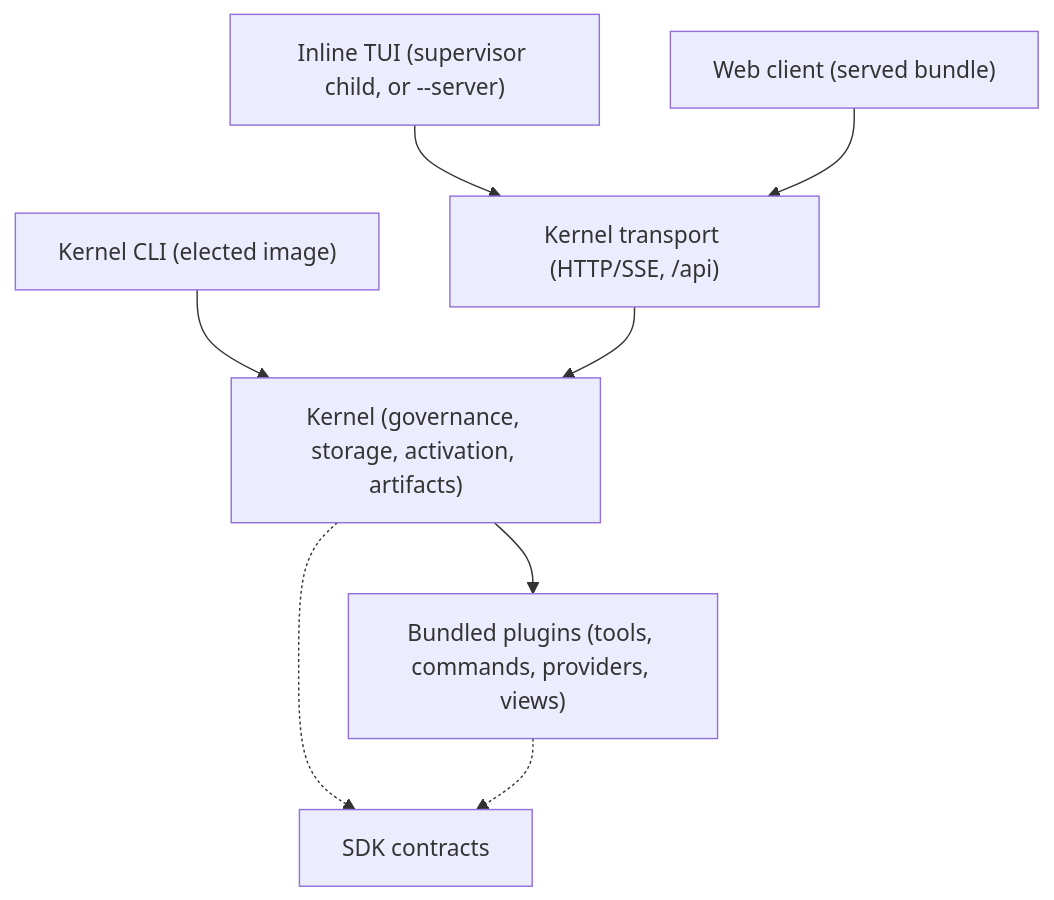
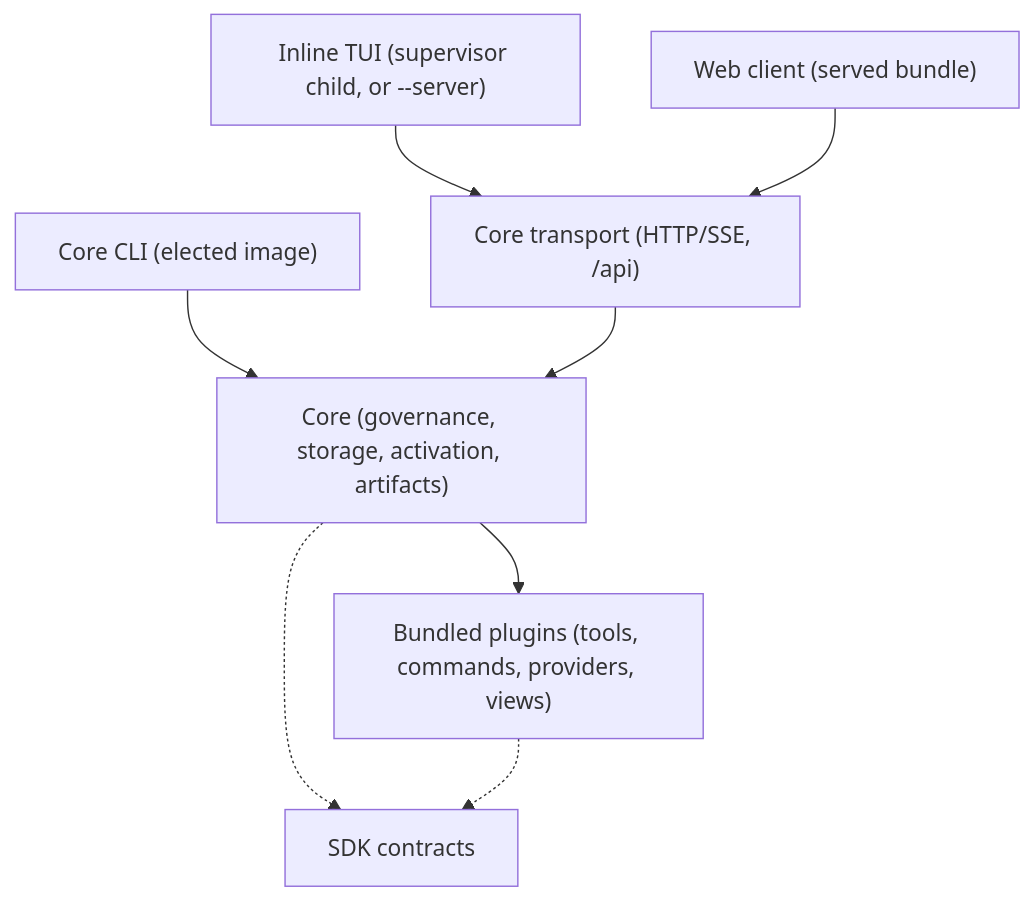
Before and after one commit to lei-jia-xing/voidcode: the diagram in README.md, drawn with Mermaid. The commit also changed other lines of this file and 420 other files, not shown here.

Commit message:
refactor!: rename kernel to core and remove formatter plugin

````diff
--- a/README.md
+++ b/README.md
@@ -118,10 +118,10 @@
 ```mermaid
 graph TD
-    CLI["Kernel CLI (elected image)"] --> Kernel["Kernel (governance, storage, activation, artifacts)"]
-    TUI["Inline TUI (supervisor child, or --server)"] --> Transport["Kernel transport (HTTP/SSE, /api)"]
+    CLI["Core CLI (elected image)"] --> Core["Core (governance, storage, activation, artifacts)"]
+    TUI["Inline TUI (supervisor child, or --server)"] --> Transport["Core transport (HTTP/SSE, /api)"]
     Web["Web client (served bundle)"] --> Transport
-    Transport --> Kernel
-    Kernel --> Plugins["Bundled plugins (tools, commands, providers, views)"]
-    Kernel -.-> SDK["SDK contracts"]
+    Transport --> Core
+    Core --> Plugins["Bundled plugins (tools, commands, providers, views)"]
+    Core -.-> SDK["SDK contracts"]
     Plugins -.-> SDK
 ```
````
